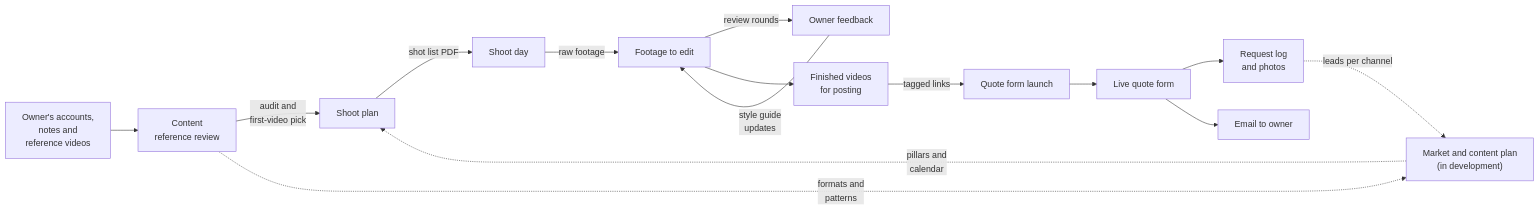
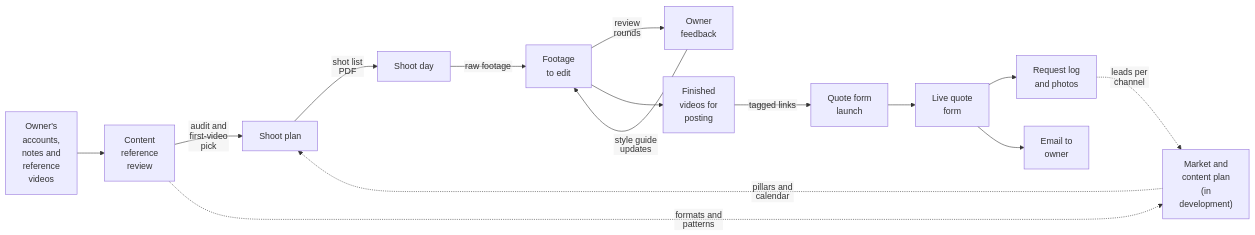
Before and after one commit to wilshem/portfolio: the diagram in projects/small-business-ai-skills/README.md, drawn with Mermaid. The commit also changed 2 other files, not shown here.

Commit message:
Fix clipped diagram labels: plain-text labels, shorter lines

````diff
--- a/projects/small-business-ai-skills/README.md
+++ b/projects/small-business-ai-skills/README.md
@@ -40,17 +40,18 @@
 ```mermaid
+%%{init: {"flowchart": {"htmlLabels": false}}}%%
 flowchart LR
-    IN["Owner's accounts,<br/>notes and<br/>reference videos"] --> CRR["Content<br/>reference review"]
-    CRR -->|"audit and<br/>first-video pick"| SP["Shoot plan"]
-    CRR -.->|"formats and<br/>patterns"| MCP["Market and content plan<br/>(in development)"]
+    IN["Owner's<br/>accounts,<br/>notes and<br/>reference<br/>videos"] --> CRR["Content<br/>reference<br/>review"]
+    CRR -->|"audit and<br/>first-video<br/>pick"| SP["Shoot plan"]
+    CRR -.->|"formats and<br/>patterns"| MCP["Market and<br/>content plan<br/>(in<br/>development)"]
     MCP -.->|"pillars and<br/>calendar"| SP
-    SP -->|"shot list PDF"| SHOOT["Shoot day"]
-    SHOOT -->|"raw footage"| FTE["Footage to edit"]
-    FTE -->|"review rounds"| OWNER["Owner feedback"]
+    SP -->|"shot list<br/>PDF"| SHOOT["Shoot day"]
+    SHOOT -->|"raw footage"| FTE["Footage<br/>to edit"]
+    FTE -->|"review<br/>rounds"| OWNER["Owner<br/>feedback"]
     OWNER -->|"style guide<br/>updates"| FTE
-    FTE --> POST["Finished videos<br/>for posting"]
-    POST -->|"tagged links"| QFL["Quote form launch"]
-    QFL --> FORM["Live quote form"]
+    FTE --> POST["Finished<br/>videos for<br/>posting"]
+    POST -->|"tagged links"| QFL["Quote form<br/>launch"]
+    QFL --> FORM["Live quote<br/>form"]
     FORM --> SHEET["Request log<br/>and photos"]
-    FORM --> EMAIL["Email to owner"]
-    SHEET -.->|"leads per channel"| MCP
+    FORM --> EMAIL["Email to<br/>owner"]
+    SHEET -.->|"leads per<br/>channel"| MCP
 ```
````
